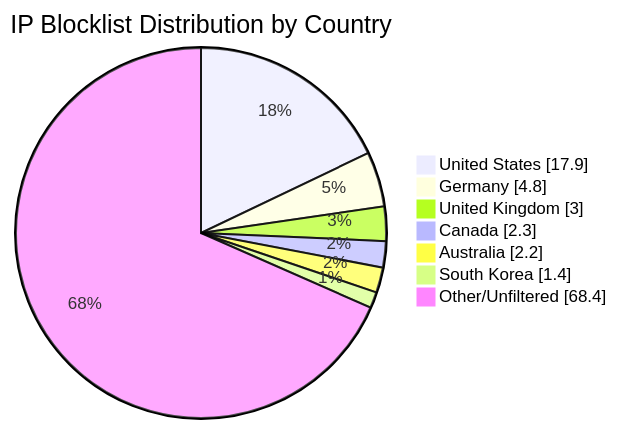
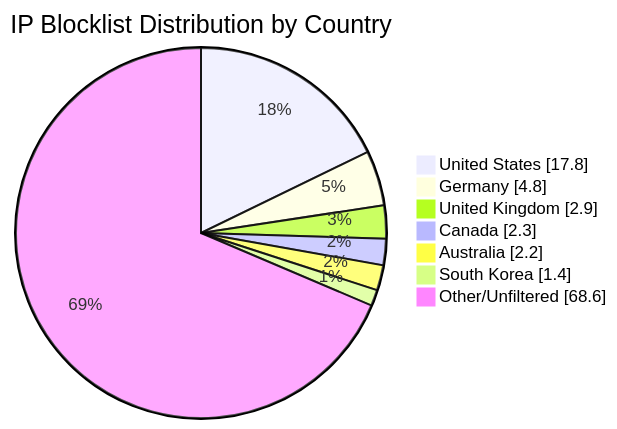
One commit to MarcusHoltz/ipblocklist-geofiltered-aggregator changed the diagram in README.md. Above: the diagram before and after it, drawn with Mermaid. The commit also changed other lines of this file and 9 other files, not shown here.

````diff
--- a/README.md
+++ b/README.md
@@ -34,10 +34,10 @@
 ```mermaid
 pie showData title IP Blocklist Distribution by Country
-"United States" : 17.9
+"United States" : 17.8
 "Germany" : 4.8
-"United Kingdom" : 3.0
+"United Kingdom" : 2.9
 "Canada" : 2.3
 "Australia" : 2.2
 "South Korea" : 1.4
-"Other/Unfiltered" : 68.4
+"Other/Unfiltered" : 68.6
 ```
````
